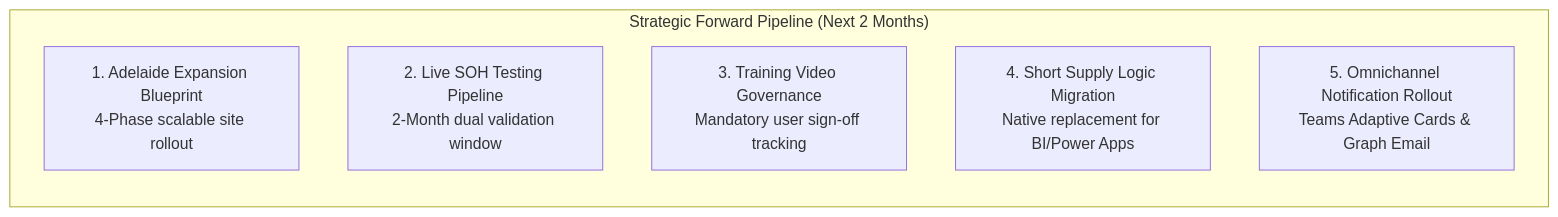
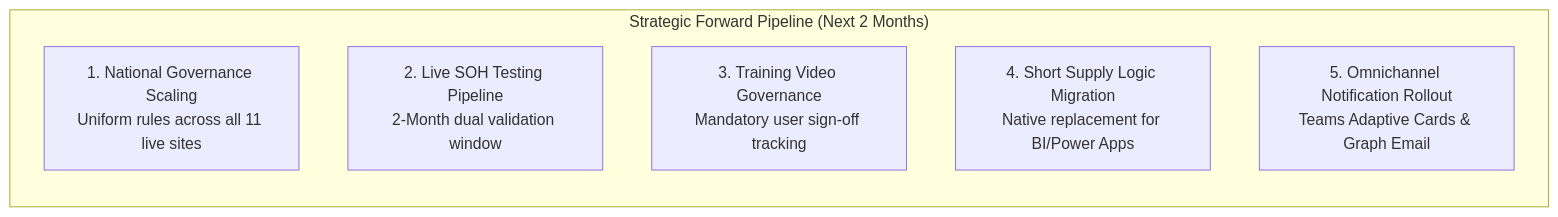
Before and after one commit to SPLGit-Project/ProcureFlow-App: the sixth of 6 diagrams in docs/PROCUREFLOW_DEVELOPMENT_ACTION_PLAN.md, drawn with Mermaid. The commit also changed other lines of this file and 2 other files, not shown here.

Commit message:
docs: remove workshop schedule and Adelaide rollout references, confirming all 11 facilities operating live under uniform governance

````diff
--- a/docs/PROCUREFLOW_DEVELOPMENT_ACTION_PLAN.md
+++ b/docs/PROCUREFLOW_DEVELOPMENT_ACTION_PLAN.md
@@ -215,10 +212,10 @@
 ```mermaid
 flowchart LR
     subgraph Horizon3Pipeline ["Strategic Forward Pipeline (Next 2 Months)"]
-        F1["1. Adelaide Expansion Blueprint<br/>4-Phase scalable site rollout"]
+        F1["1. National Governance Scaling<br/>Uniform rules across all 11 live sites"]
         F2["2. Live SOH Testing Pipeline<br/>2-Month dual validation window"]
         F3["3. Training Video Governance<br/>Mandatory user sign-off tracking"]
         F4["4. Short Supply Logic Migration<br/>Native replacement for BI/Power Apps"]
         F5["5. Omnichannel Notification Rollout<br/>Teams Adaptive Cards & Graph Email"]
     end
 ```
````
